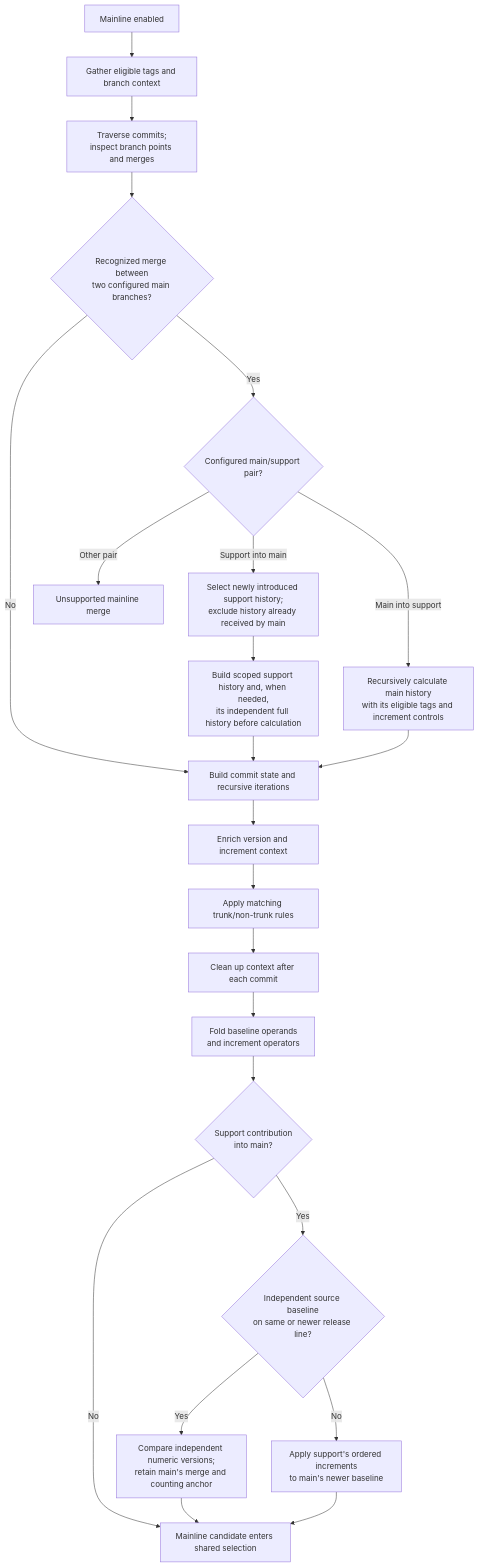
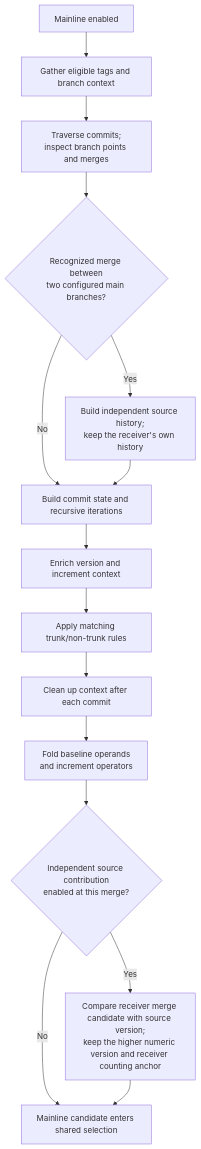
One commit to GitTools/GitVersion changed the diagram in docs/diagrams/VersionCalculation_Mainline.mmd. Above: the diagram before and after it, drawn with Mermaid. The commit also changed 14 other files, not shown here.

Commit message:
fix: select highest independent version across mainline branches

```diff
--- a/docs/diagrams/VersionCalculation_Mainline.mmd
+++ b/docs/diagrams/VersionCalculation_Mainline.mmd
@@ -1,23 +1,15 @@
 flowchart TD
     Enabled["Mainline enabled"] --> Tags["Gather eligible tags and branch context"]
     Tags --> Traverse["Traverse commits;<br/>inspect branch points and merges"]
     Traverse --> MainPair{"Recognized merge between<br/>two configured main branches?"}
     MainPair -->|No| State["Build commit state and recursive iterations"]
-    MainPair -->|Yes| Direction{"Configured main/support pair?"}
-    Direction -->|Other pair| Unsupported["Unsupported mainline merge"]
-    Direction -->|Support into main| Scope["Select newly introduced support history;<br/>exclude history already received by main"]
-    Scope --> Histories["Build scoped support history and, when needed,<br/>its independent full history before calculation"]
+    MainPair -->|Yes| Histories["Build independent source history;<br/>keep the receiver's own history"]
     Histories --> State
-    Direction -->|Main into support| Recursive["Recursively calculate main history<br/>with its eligible tags and increment controls"]
-    Recursive --> State
     State --> Pre["Enrich version and increment context"]
     Pre --> Rules["Apply matching trunk/non-trunk rules"]
     Rules --> Post["Clean up context after each commit"]
     Post --> Fold["Fold baseline operands<br/>and increment operators"]
-    Fold --> Support{"Support contribution<br/>into main?"}
-    Support -->|No| Candidate["Mainline candidate enters shared selection"]
-    Support -->|Yes| ReleaseLine{"Independent source baseline<br/>on same or newer release line?"}
-    ReleaseLine -->|Yes| Floor["Compare independent numeric versions;<br/>retain main's merge and counting anchor"]
-    ReleaseLine -->|No| Ordered["Apply support's ordered increments<br/>to main's newer baseline"]
+    Fold --> Source{"Independent source contribution<br/>enabled at this merge?"}
+    Source -->|No| Candidate["Mainline candidate enters shared selection"]
+    Source -->|Yes| Floor["Compare receiver merge candidate with source version;<br/>keep the higher numeric version and receiver counting anchor"]
     Floor --> Candidate
-    Ordered --> Candidate
```
